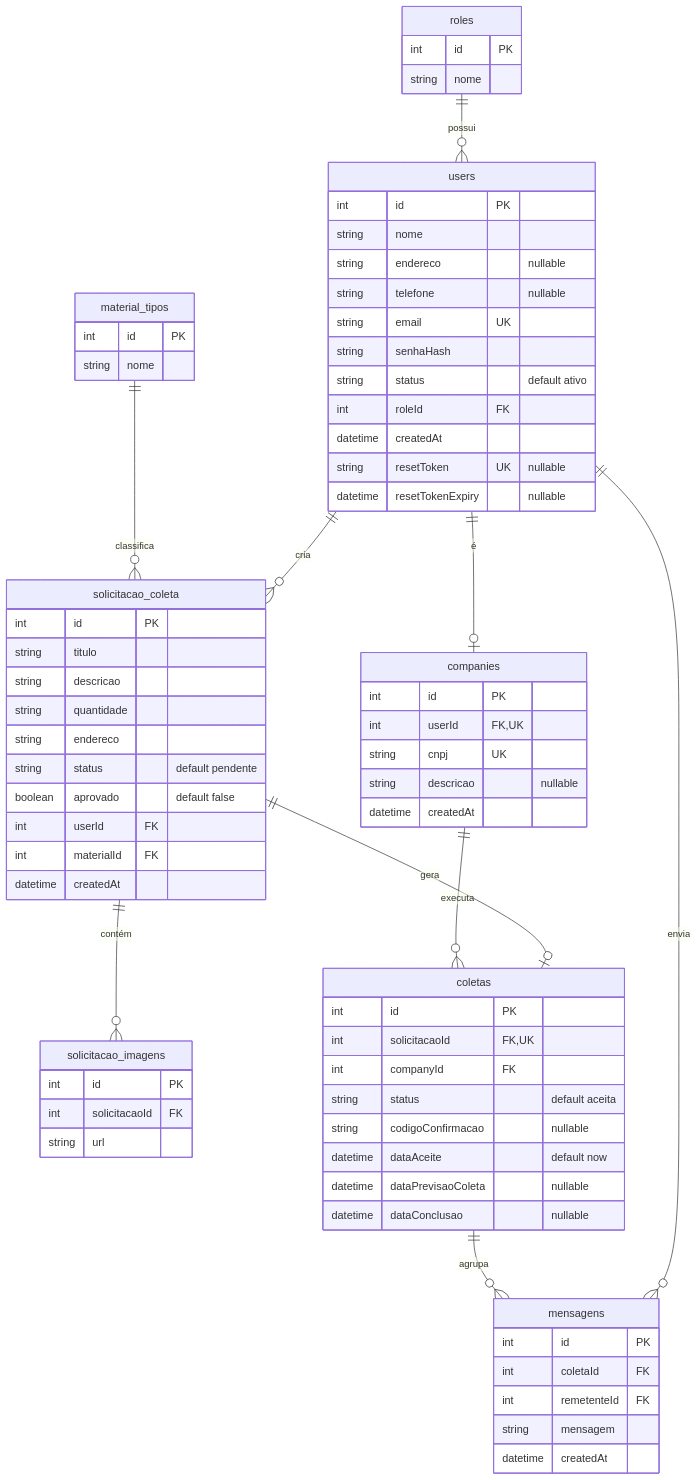
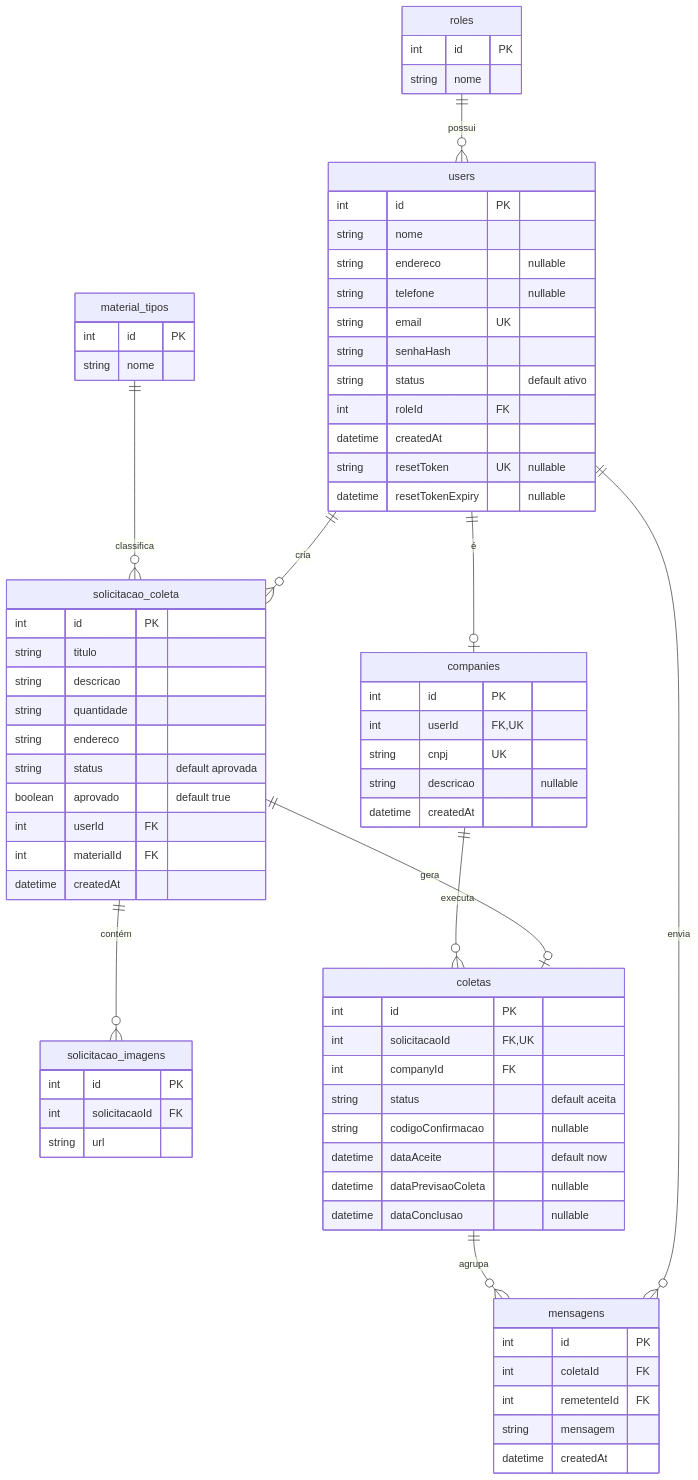
One commit to lononeiro/olx-ecologico changed the diagram in docs/APENDICE-F-entidade-relacionamento.md. Above: the diagram before and after it, drawn with Mermaid. The commit also changed 53 other files, not shown here.

First line of the commit message:
docs(uml): revisao dos diagramas e sincronizacao docs/ com uml/

````diff
--- a/docs/APENDICE-F-entidade-relacionamento.md
+++ b/docs/APENDICE-F-entidade-relacionamento.md
@@ -8,82 +8,82 @@
 ```mermaid
 erDiagram
     roles ||--o{ users : "possui"
     users ||--o| companies : "é"
     users ||--o{ solicitacao_coleta : "cria"
     users ||--o{ mensagens : "envia"
     material_tipos ||--o{ solicitacao_coleta : "classifica"
     solicitacao_coleta ||--o{ solicitacao_imagens : "contém"
     solicitacao_coleta ||--o| coletas : "gera"
     companies ||--o{ coletas : "executa"
     coletas ||--o{ mensagens : "agrupa"
 
     roles {
         int id PK
         string nome
     }
 
     users {
         int id PK
         string nome
         string endereco "nullable"
         string telefone "nullable"
         string email UK
         string senhaHash
         string status "default ativo"
         int roleId FK
         datetime createdAt
         string resetToken UK "nullable"
         datetime resetTokenExpiry "nullable"
     }
 
     companies {
         int id PK
         int userId FK,UK
         string cnpj UK
         string descricao "nullable"
         datetime createdAt
     }
 
     material_tipos {
         int id PK
         string nome
     }
 
     solicitacao_coleta {
         int id PK
         string titulo
         string descricao
         string quantidade
         string endereco
-        string status "default pendente"
-        boolean aprovado "default false"
+        string status "default aprovada"
+        boolean aprovado "default true"
         int userId FK
         int materialId FK
         datetime createdAt
     }
 
     solicitacao_imagens {
         int id PK
         int solicitacaoId FK
         string url
     }
 
     coletas {
         int id PK
         int solicitacaoId FK,UK
         int companyId FK
         string status "default aceita"
         string codigoConfirmacao "nullable"
         datetime dataAceite "default now"
         datetime dataPrevisaoColeta "nullable"
         datetime dataConclusao "nullable"
     }
 
     mensagens {
         int id PK
         int coletaId FK
         int remetenteId FK
         string mensagem
         datetime createdAt
     }
 ```
````
